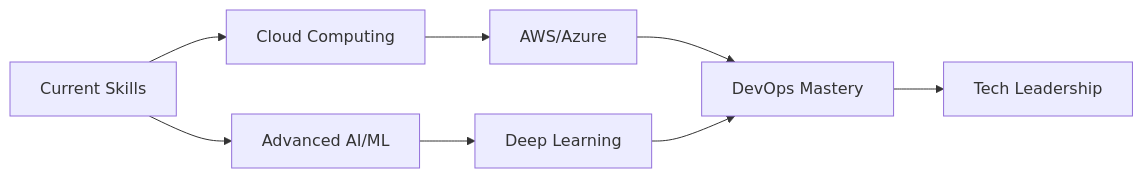
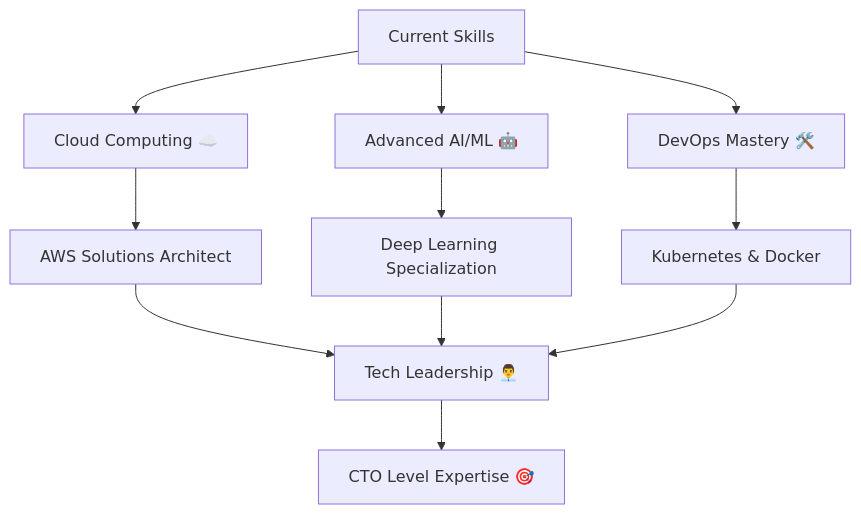
One commit to Hamza-Kahloon786/Hamza-Kahloon786 changed the fifth of 5 diagrams in README.md. Above: the diagram before and after it, drawn with Mermaid. The commit also changed other lines of this file, not shown here.

````diff
--- a/README.md
+++ b/README.md
@@ -303,10 +404,13 @@
 ```mermaid
-graph LR
-    A[Current Skills] --> B[Cloud Computing]
-    A --> C[Advanced AI/ML]
-    B --> D[AWS/Azure]
-    C --> E[Deep Learning]
-    D --> F[DevOps Mastery]
-    E --> F
-    F --> G[Tech Leadership]
+graph TD
+    A[Current Skills] --> B[Cloud Computing ☁️]
+    A --> C[Advanced AI/ML 🤖]
+    A --> D[DevOps Mastery 🛠️]
+    B --> E[AWS Solutions Architect]
+    C --> F[Deep Learning Specialization]
+    D --> G[Kubernetes & Docker]
+    E --> H[Tech Leadership 👨‍💼]
+    F --> H
+    G --> H
+    H --> I[CTO Level Expertise 🎯]
 ```
````
